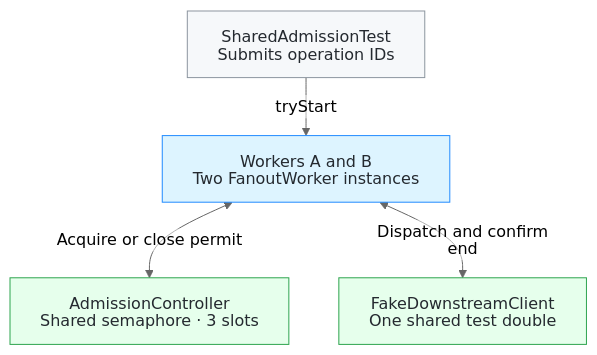
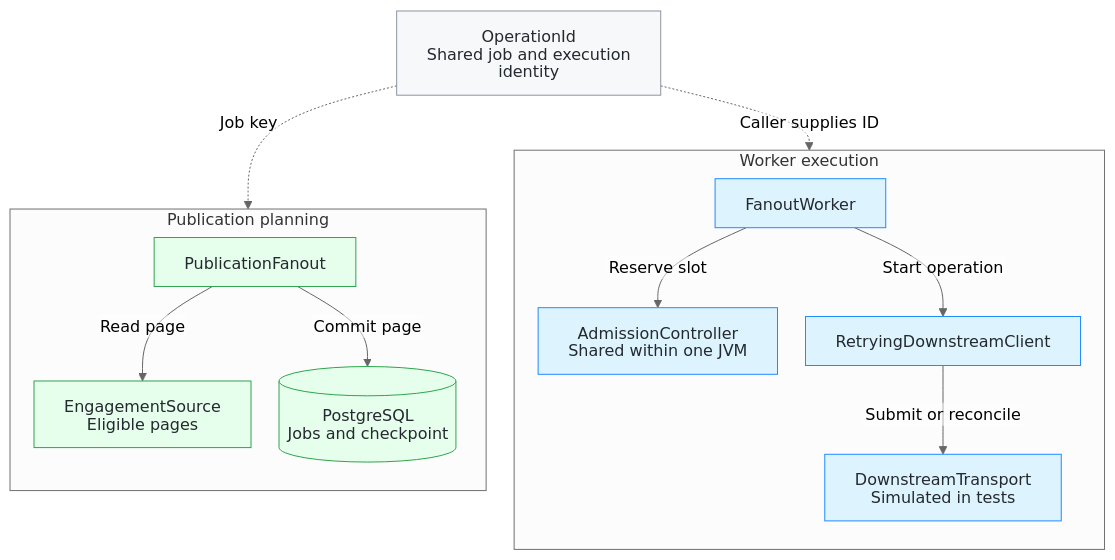
Before and after one commit to luisfm44/caseware-template-fanout-worker: the diagram in docs/worker-architecture.md, drawn with Mermaid. The commit also changed other lines of this file and 8 other files, not shown here.

First line of the commit message:
Issue #3: reconcile downstream outcomes and bound retries (#7)

````diff
--- a/docs/worker-architecture.md
+++ b/docs/worker-architecture.md
@@ -5,28 +5,46 @@
 ```mermaid
 ---
 config:
   theme: neutral
   htmlLabels: false
   flowchart:
-    rankSpacing: 35
-    wrappingWidth: 250
+    rankSpacing: 32
+    nodeSpacing: 28
+    wrappingWidth: 240
 ---
 flowchart TB
-    accTitle: Shared admission for the Caseware worker
-    accDescr: Two logical workers use the same pool of three slots and the same simulated downstream. Each worker reserves a slot before dispatch and releases its permit after a terminal outcome.
-    TEST["SharedAdmissionTest<br/>Submits operation IDs"]
-    WORKERS["Workers A and B<br/>Two FanoutWorker instances"]
-    ADMISSION["AdmissionController<br/>Shared semaphore · 3 slots"]
-    DOWNSTREAM["FakeDownstreamClient<br/>One shared test double"]
+    accTitle: Caseware worker architecture
+    accDescr: Publication planning records operation IDs and checkpoints in PostgreSQL. Separately, a caller supplies an operation ID to a worker that acquires a permit and submits or reconciles that operation through the downstream transport.
 
-    TEST -->|"tryStart"| WORKERS
-    WORKERS <-->|"Acquire or close permit"| ADMISSION
-    WORKERS <-->|"Dispatch and confirm end"| DOWNSTREAM
+    KEY["OperationId<br/>Shared job and execution identity"]
 
-    classDef test fill:#f6f8fa,stroke:#8c959f,color:#24292f
-    classDef worker fill:#ddf4ff,stroke:#218bff,color:#24292f
-    classDef shared fill:#e6ffec,stroke:#2da44e,color:#24292f
-    class TEST test
-    class WORKERS worker
-    class ADMISSION,DOWNSTREAM shared
+    subgraph PLAN["Publication planning"]
+        direction TB
+        PLANNER["PublicationFanout"]
+        SOURCE["EngagementSource<br/>Eligible pages"]
+        DB[("PostgreSQL<br/>Jobs and checkpoint")]
+        PLANNER -->|"Read page"| SOURCE
+        PLANNER -->|"Commit page"| DB
+    end
+
+    subgraph EXEC["Worker execution"]
+        direction TB
+        WORKER["FanoutWorker"]
+        ADMISSION["AdmissionController<br/>Shared within one JVM"]
+        RETRY["RetryingDownstreamClient"]
+        TRANSPORT["DownstreamTransport<br/>Simulated in tests"]
+        WORKER -->|"Reserve slot"| ADMISSION
+        WORKER -->|"Start operation"| RETRY
+        RETRY -->|"Submit or reconcile"| TRANSPORT
+    end
+
+    KEY -.->|"Job key"| PLAN
+    KEY -.->|"Caller supplies ID"| EXEC
+
+    classDef identity fill:#f6f8fa,stroke:#8c959f,color:#24292f
+    classDef planning fill:#e6ffec,stroke:#2da44e,color:#24292f
+    classDef execution fill:#ddf4ff,stroke:#218bff,color:#24292f
+    class KEY identity
+    class PLANNER,SOURCE,DB planning
+    class WORKER,ADMISSION,RETRY,TRANSPORT execution
 ```
````
